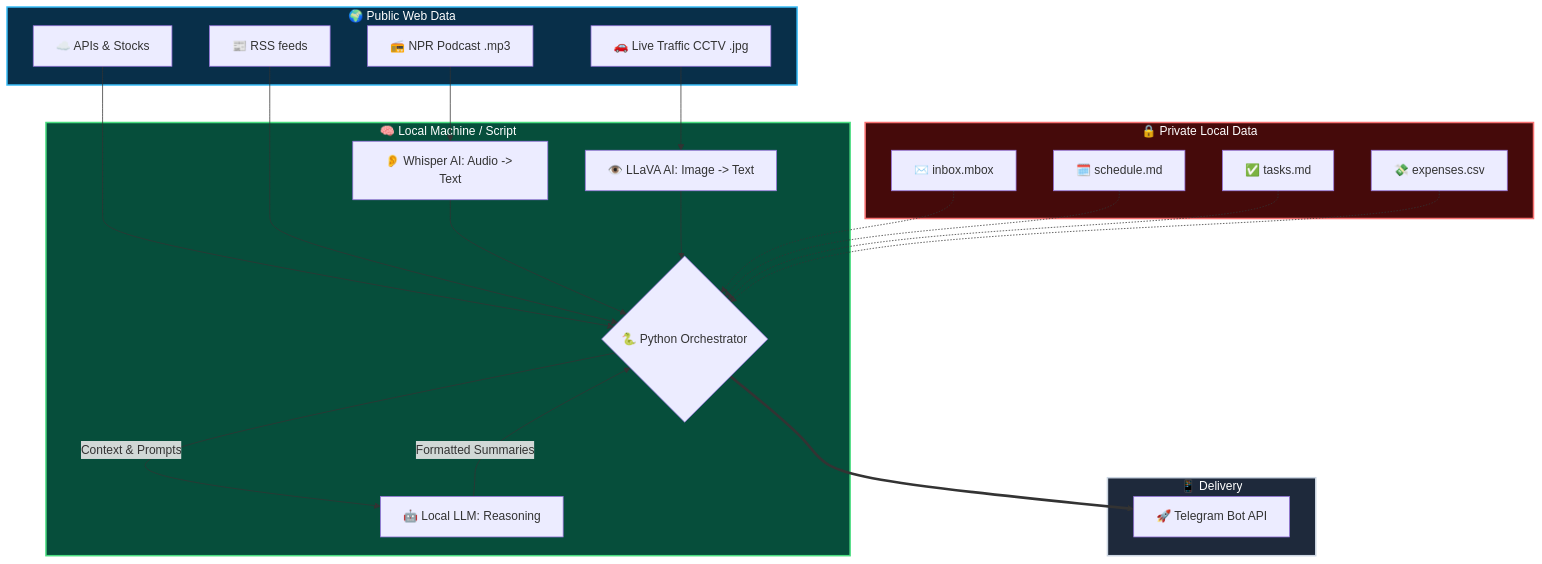
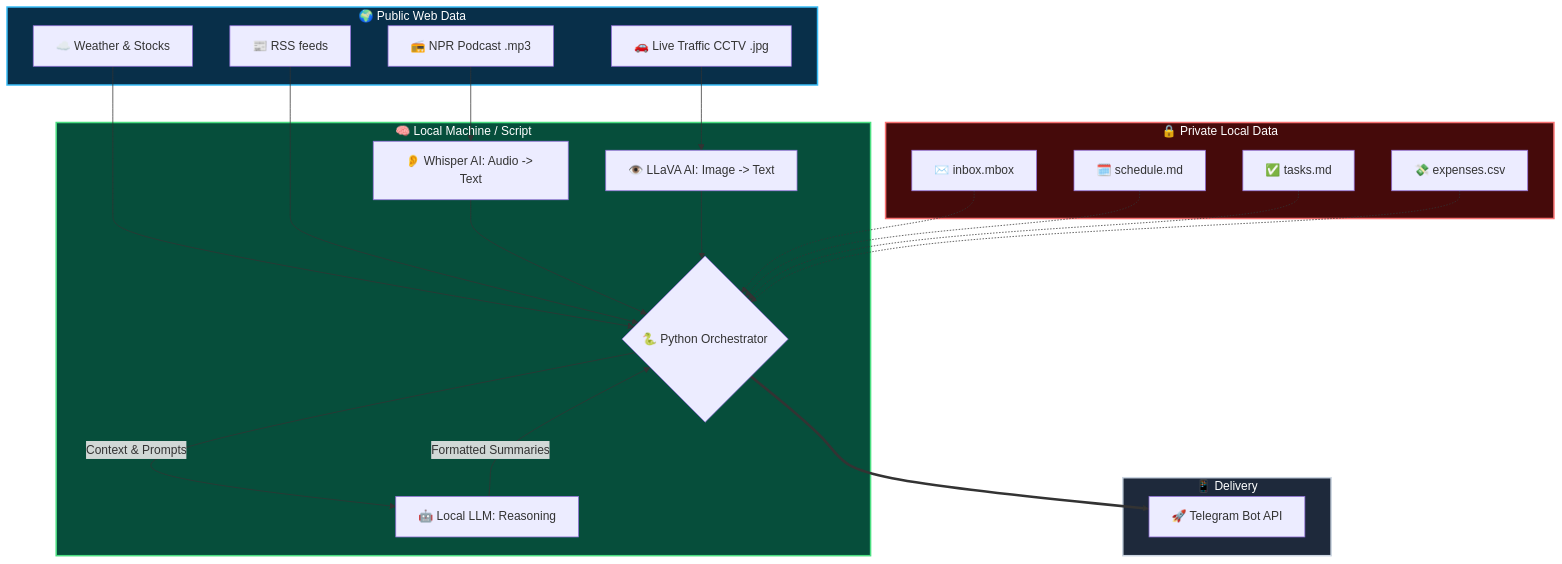
The diagram in AI_Agent/sovereign/README.md (alanshlam/LLM), drawn with Mermaid before and after one commit.

````diff
--- a/AI_Agent/sovereign/README.md
+++ b/AI_Agent/sovereign/README.md
@@ -102,43 +102,43 @@
 ```mermaid
 graph TD
     subgraph Public [🌍 Public Web Data]
-        Weather[☁️ APIs & Stocks]
+        Weather[☁️ Weather & Stocks]
         News[📰 RSS feeds ]
         Podcast[📻 NPR Podcast .mp3]
         CCTV[🚗 Live Traffic CCTV .jpg]
     end
 
     subgraph Private[🔒 Private Local Data]
         Emails[✉️ inbox.mbox]
         Schedule[🗓️ schedule.md]
         Tasks[✅ tasks.md]
         Finance[💸 expenses.csv]
     end
 
     subgraph Local [🧠 Local Machine / Script]
         Python{🐍 Python Orchestrator}
         Whisper[👂 Whisper AI: Audio -> Text]
         Vision[👁️ LLaVA AI: Image -> Text]
         LLM[🤖 Local LLM: Reasoning]
     end
 
     subgraph Output [📱 Delivery]
         Telegram[🚀 Telegram Bot API]
     end
 
     Weather & News --> Python
     Podcast --> Whisper --> Python
     CCTV --> Vision --> Python
     
     Emails & Schedule & Tasks & Finance -.-> Python
     
     Python -- Context & Prompts --> LLM
     LLM -- Formatted Summaries --> Python
     Python ==> Telegram
     
     style Private fill:#450a0a,stroke:#f87171,stroke-width:2px,color:#fff
     style Public fill:#082f49,stroke:#38bdf8,stroke-width:2px,color:#fff
     style Local fill:#064e3b,stroke:#4ade80,stroke-width:2px,color:#fff
     style Output fill:#1e293b,stroke:#cbd5e1,stroke-width:2px,color:#fff
 
 ```  
````
